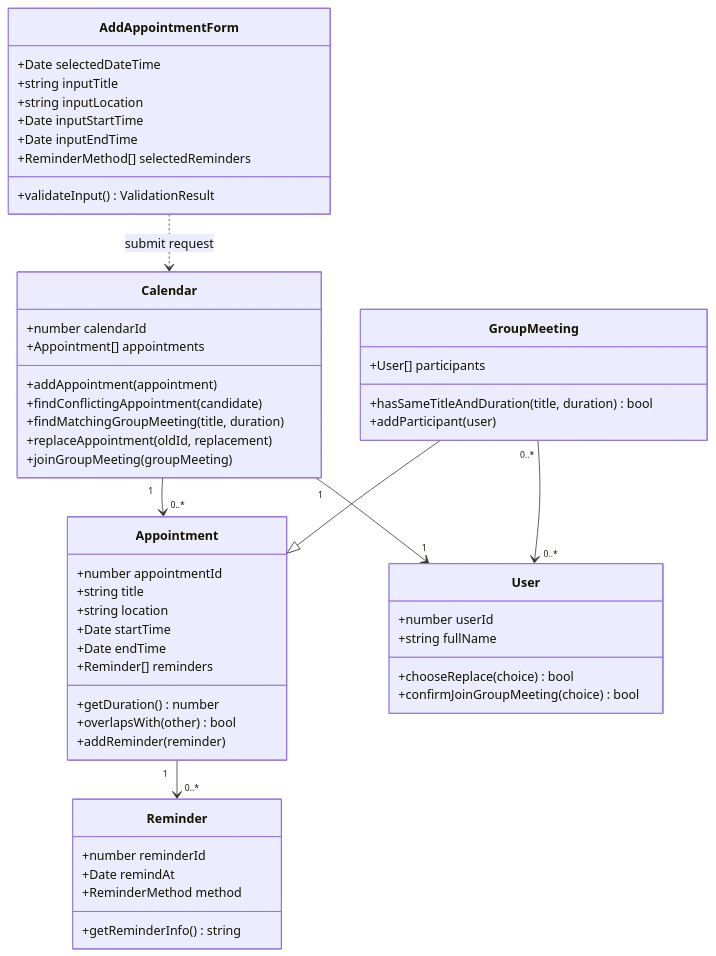
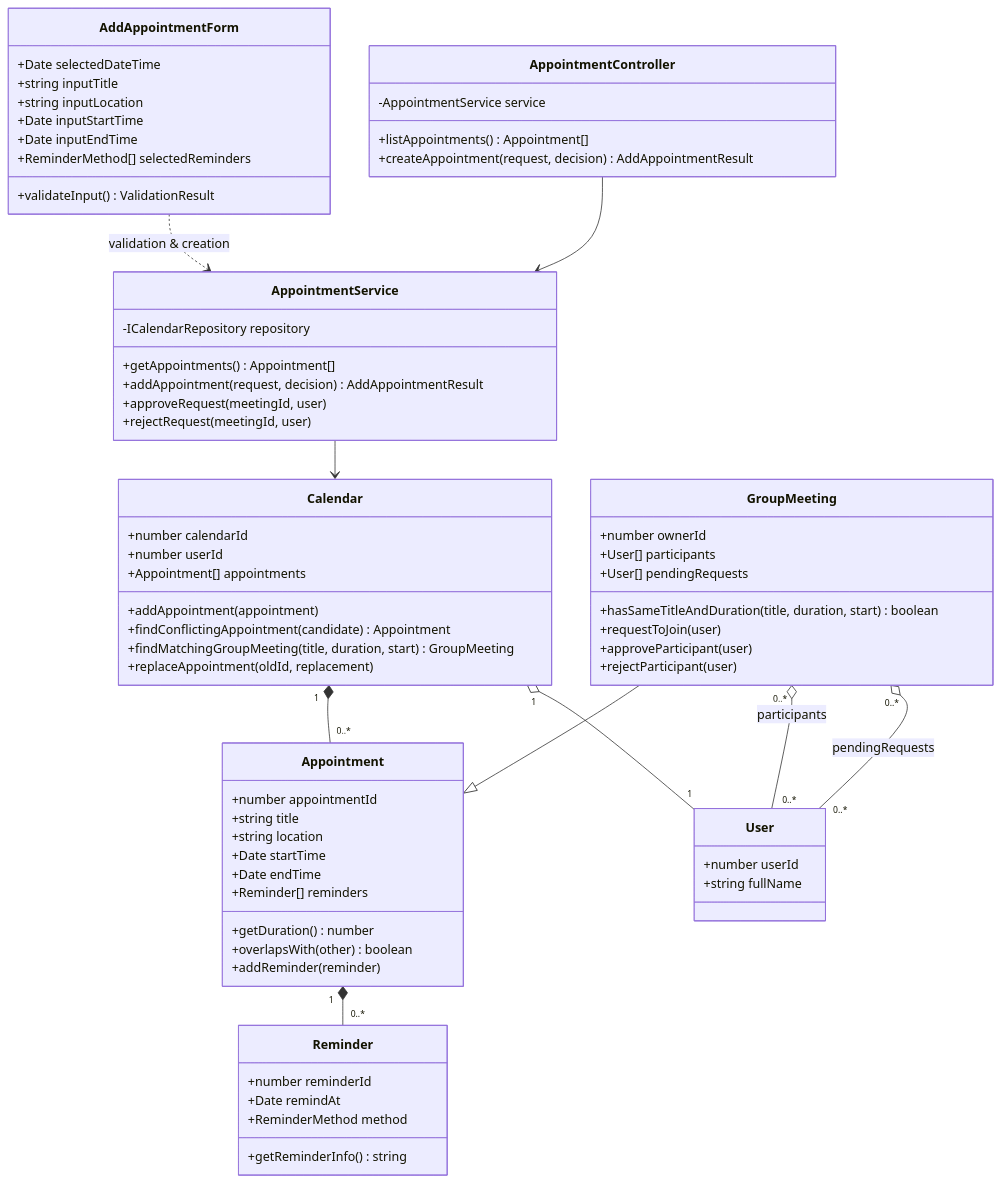
The diagram in docs/diagrams.md (Luongduytoan2006/OOAD_CALENDAR), drawn with Mermaid before and after one commit. The commit also changed other lines of this file and 37 other files, not shown here.

Commit message:
feat: implement full-stack appointment and group meeting management system with Express backend and PostgreSQL integration

````diff
--- a/docs/diagrams.md
+++ b/docs/diagrams.md
@@ -5,61 +5,80 @@
 ```mermaid
 classDiagram
     class AddAppointmentForm {
       +Date selectedDateTime
       +string inputTitle
       +string inputLocation
       +Date inputStartTime
       +Date inputEndTime
       +ReminderMethod[] selectedReminders
       +validateInput() ValidationResult
     }
 
     class Calendar {
       +number calendarId
+      +number userId
       +Appointment[] appointments
       +addAppointment(appointment)
-      +findConflictingAppointment(candidate)
-      +findMatchingGroupMeeting(title, duration)
+      +findConflictingAppointment(candidate) Appointment
+      +findMatchingGroupMeeting(title, duration, start) GroupMeeting
       +replaceAppointment(oldId, replacement)
-      +joinGroupMeeting(groupMeeting)
     }
 
     class Appointment {
       +number appointmentId
       +string title
       +string location
       +Date startTime
       +Date endTime
       +Reminder[] reminders
       +getDuration() number
-      +overlapsWith(other) bool
+      +overlapsWith(other) boolean
       +addReminder(reminder)
     }
 
     class GroupMeeting {
+      +number ownerId
       +User[] participants
-      +hasSameTitleAndDuration(title, duration) bool
-      +addParticipant(user)
+      +User[] pendingRequests
+      +hasSameTitleAndDuration(title, duration, start) boolean
+      +requestToJoin(user)
+      +approveParticipant(user)
+      +rejectParticipant(user)
     }
 
     class Reminder {
       +number reminderId
       +Date remindAt
       +ReminderMethod method
       +getReminderInfo() string
     }
 
     class User {
       +number userId
       +string fullName
-      +chooseReplace(choice) bool
-      +confirmJoinGroupMeeting(choice) bool
+    }
+
+    class AppointmentService {
+      -ICalendarRepository repository
+      +getAppointments() Appointment[]
+      +addAppointment(request, decision) AddAppointmentResult
+      +approveRequest(meetingId, user)
+      +rejectRequest(meetingId, user)
+    }
+
+    class AppointmentController {
+      -AppointmentService service
+      +listAppointments() Appointment[]
+      +createAppointment(request, decision) AddAppointmentResult
     }
 
     GroupMeeting --|> Appointment
-    Calendar "1" --> "0..*" Appointment
-    Appointment "1" --> "0..*" Reminder
-    Calendar "1" --> "1" User
-    GroupMeeting "0..*" --> "0..*" User
-    AddAppointmentForm ..> Calendar : submit request
+    Calendar "1" *-- "0..*" Appointment
+    Appointment "1" *-- "0..*" Reminder
+    Calendar "1" o-- "1" User
+    GroupMeeting "0..*" o-- "0..*" User : participants
+    GroupMeeting "0..*" o-- "0..*" User : pendingRequests
+    AddAppointmentForm ..> AppointmentService : validation & creation
+    AppointmentController --> AppointmentService
+    AppointmentService --> Calendar
 ```
````
